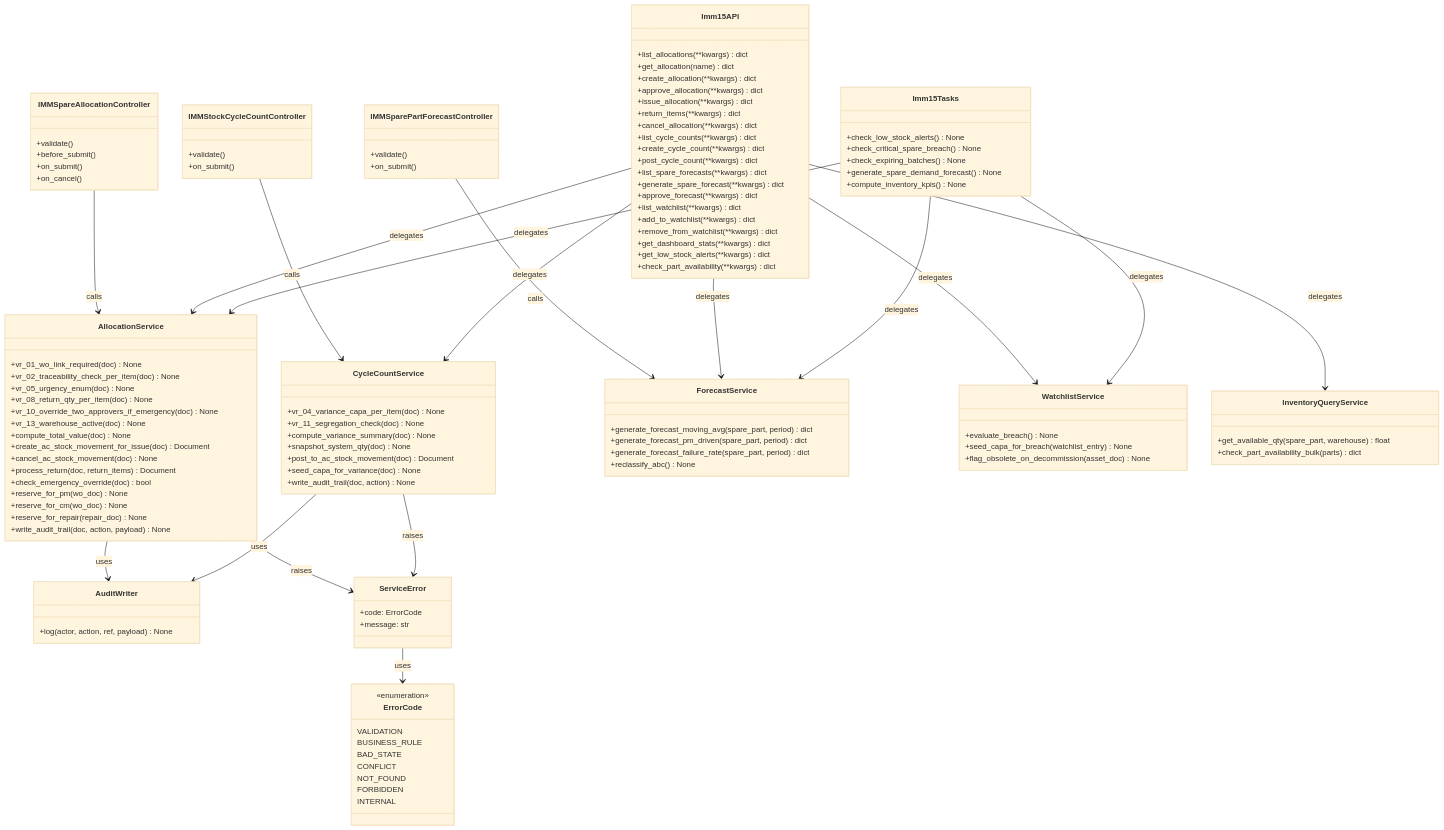
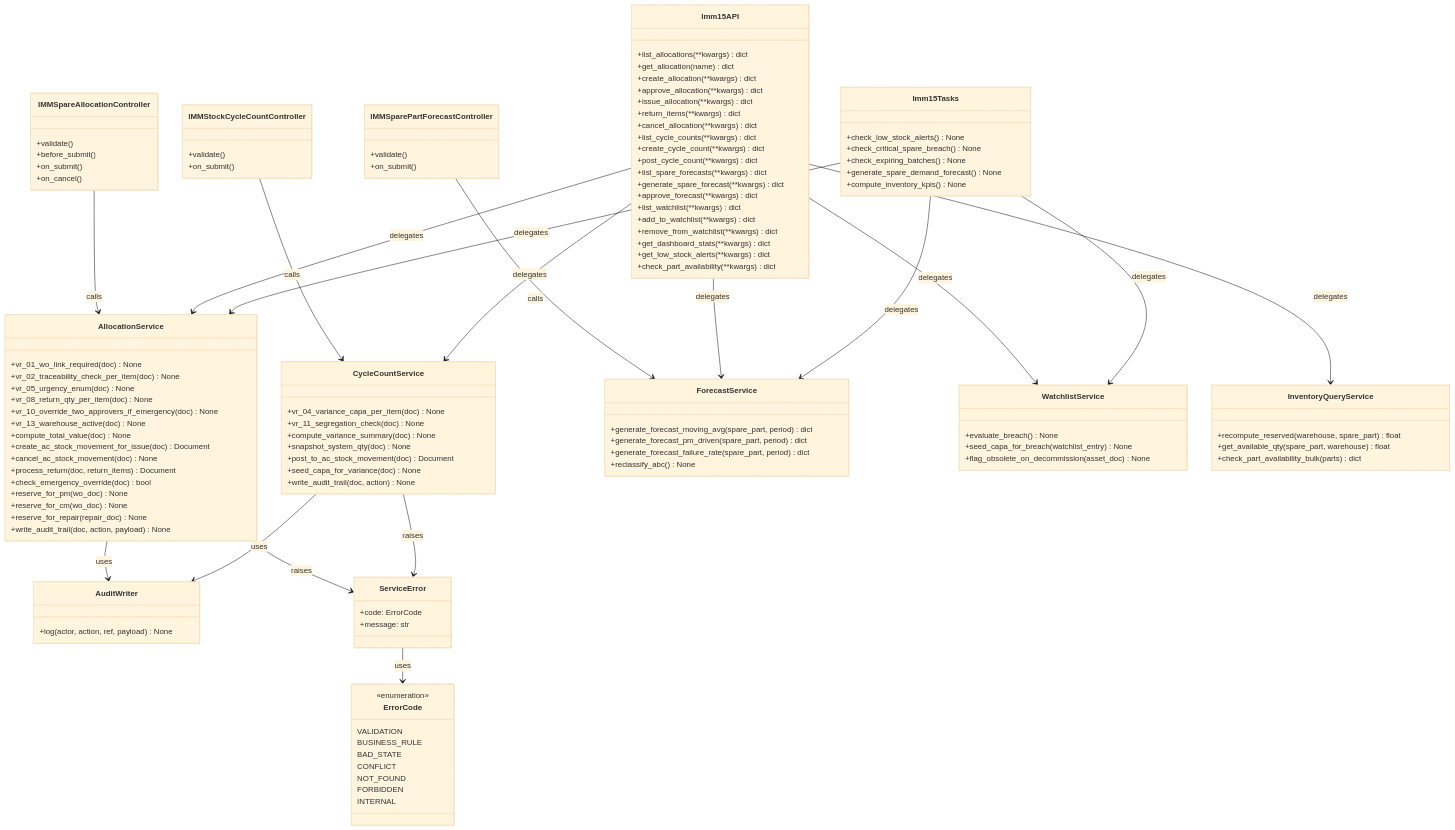
The second of 5 diagrams in docs/imm-15/03_Diagrams.md (mvl26/Assetcore), drawn with Mermaid (base theme) before and after one commit. The commit also changed 22 other files, not shown here.

```diff
--- a/docs/imm-15/03_Diagrams.md
+++ b/docs/imm-15/03_Diagrams.md
@@ -286,6 +286,7 @@
     }
 
     class InventoryQueryService {
+        +recompute_reserved(warehouse, spare_part) float
         +get_available_qty(spare_part, warehouse) float
         +check_part_availability_bulk(parts) dict
     }
```
